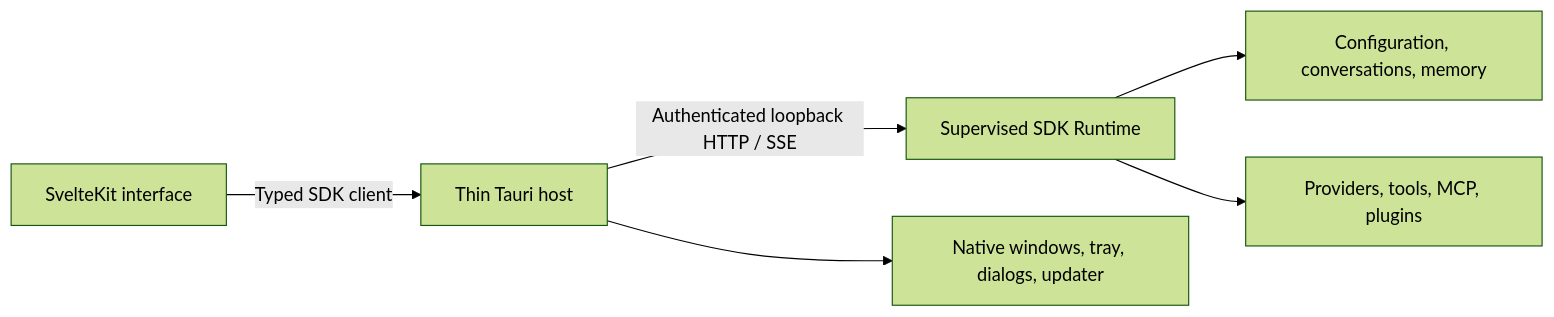
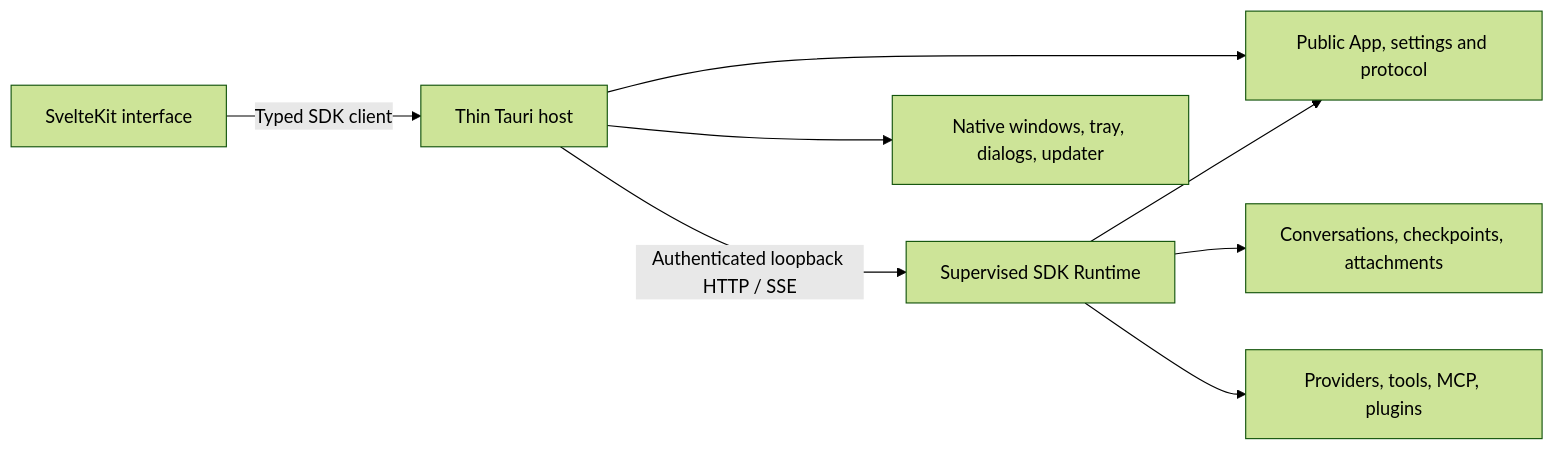
Before and after one commit to BANG404/openagent: the diagram in README.md, drawn with Mermaid (forest theme). The commit also changed other lines of this file and 73 other files, not shown here.

Commit message:
refactor(desktop): complete public product and private Runtime split

````diff
--- a/README.md
+++ b/README.md
@@ -164,8 +164,10 @@
 ```mermaid
 flowchart LR
   UI["SvelteKit interface"] -->|"Typed SDK client"| Host["Thin Tauri host"]
   Host -->|"Authenticated loopback HTTP / SSE"| Runtime["Supervised SDK Runtime"]
   Host --> Native["Native windows, tray, dialogs, updater"]
-  Runtime --> Data["Configuration, conversations, memory"]
+  Host --> App["Public App, settings and protocol"]
+  Runtime --> App
+  Runtime --> Data["Conversations, checkpoints, attachments"]
   Runtime --> Tools["Providers, tools, MCP, plugins"]
 ```
````
